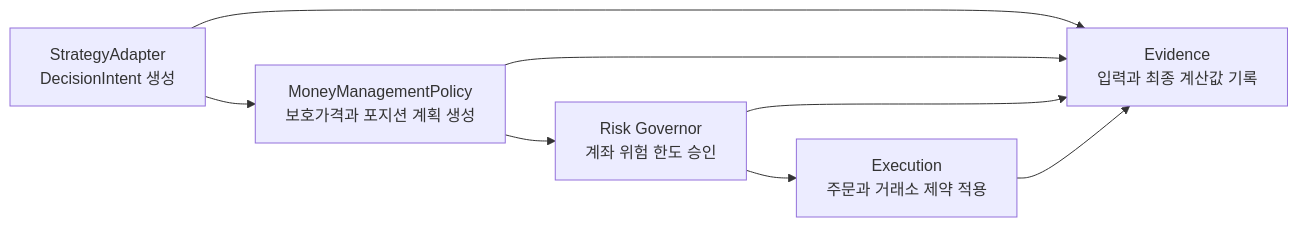
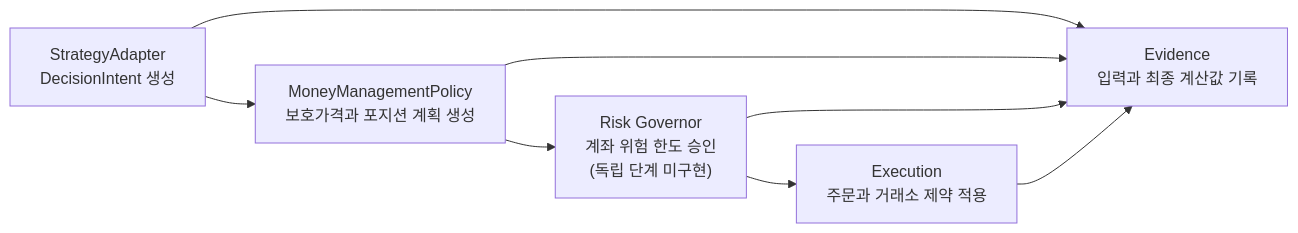
The diagram in docs/strategy-authoring-contract.md (vessel35/trading-system-v2), drawn with Mermaid before and after one commit. The commit also changed other lines of this file, not shown here.

````diff
--- a/docs/strategy-authoring-contract.md
+++ b/docs/strategy-authoring-contract.md
@@ -87,16 +85,16 @@
 ```mermaid
 flowchart LR
     A["StrategyAdapter<br/>DecisionIntent 생성"]
     B["MoneyManagementPolicy<br/>보호가격과 포지션 계획 생성"]
-    C["Risk Governor<br/>계좌 위험 한도 승인"]
+    C["Risk Governor<br/>계좌 위험 한도 승인<br/>(독립 단계 미구현)"]
     D["Execution<br/>주문과 거래소 제약 적용"]
     E["Evidence<br/>입력과 최종 계산값 기록"]
 
     A --> B
     B --> C
     C --> D
     A --> E
     B --> E
     C --> E
     D --> E
 ```
````
